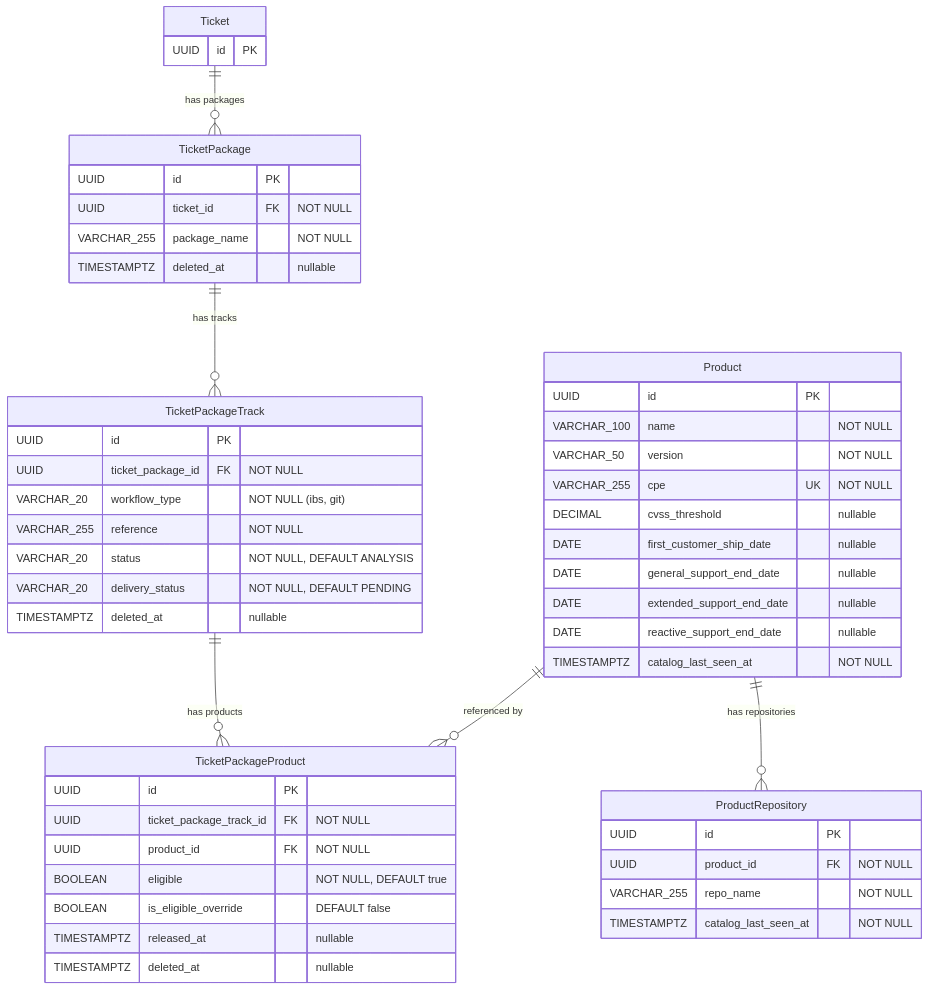
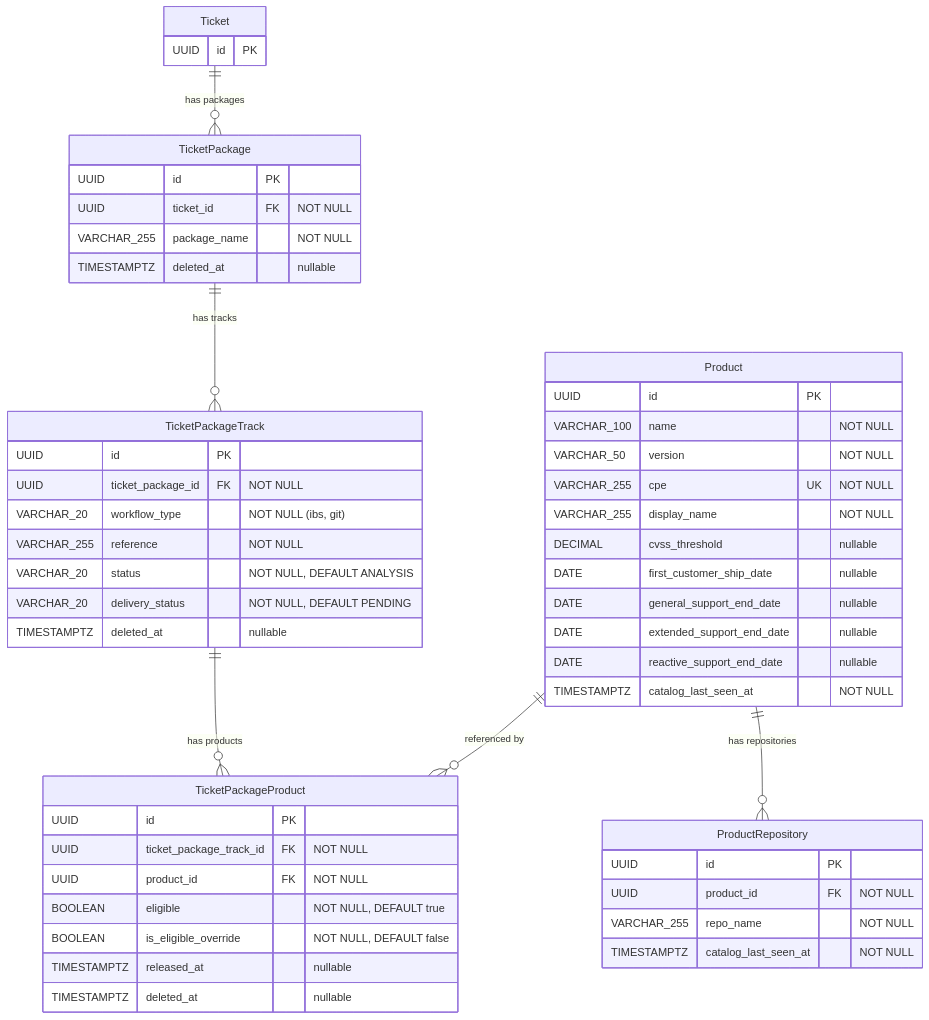
One commit to StayPirate/STAMP changed the third of 6 diagrams in docs/data-model.md. Above: the diagram before and after it, drawn with Mermaid. The commit also changed other lines of this file and 26 other files, not shown here.

````diff
--- a/docs/data-model.md
+++ b/docs/data-model.md
@@ -222,54 +222,55 @@
 ```mermaid
 erDiagram
     Ticket {
         UUID id PK
     }
     TicketPackage {
         UUID id PK
         UUID ticket_id FK "NOT NULL"
         VARCHAR_255 package_name "NOT NULL"
         TIMESTAMPTZ deleted_at "nullable"
     }
     TicketPackageTrack {
         UUID id PK
         UUID ticket_package_id FK "NOT NULL"
         VARCHAR_20 workflow_type "NOT NULL (ibs, git)"
         VARCHAR_255 reference "NOT NULL"
         VARCHAR_20 status "NOT NULL, DEFAULT ANALYSIS"
         VARCHAR_20 delivery_status "NOT NULL, DEFAULT PENDING"
         TIMESTAMPTZ deleted_at "nullable"
     }
     TicketPackageProduct {
         UUID id PK
         UUID ticket_package_track_id FK "NOT NULL"
         UUID product_id FK "NOT NULL"
         BOOLEAN eligible "NOT NULL, DEFAULT true"
-        BOOLEAN is_eligible_override "DEFAULT false"
+        BOOLEAN is_eligible_override "NOT NULL, DEFAULT false"
         TIMESTAMPTZ released_at "nullable"
         TIMESTAMPTZ deleted_at "nullable"
     }
     Product {
         UUID id PK
         VARCHAR_100 name "NOT NULL"
         VARCHAR_50 version "NOT NULL"
         VARCHAR_255 cpe UK "NOT NULL"
+        VARCHAR_255 display_name "NOT NULL"
         DECIMAL cvss_threshold "nullable"
         DATE first_customer_ship_date "nullable"
         DATE general_support_end_date "nullable"
         DATE extended_support_end_date "nullable"
         DATE reactive_support_end_date "nullable"
         TIMESTAMPTZ catalog_last_seen_at "NOT NULL"
     }
     ProductRepository {
         UUID id PK
         UUID product_id FK "NOT NULL"
         VARCHAR_255 repo_name "NOT NULL"
         TIMESTAMPTZ catalog_last_seen_at "NOT NULL"
     }
 
     Ticket ||--o{ TicketPackage : "has packages"
     TicketPackage ||--o{ TicketPackageTrack : "has tracks"
     TicketPackageTrack ||--o{ TicketPackageProduct : "has products"
     Product ||--o{ TicketPackageProduct : "referenced by"
     Product ||--o{ ProductRepository : "has repositories"
 ```
````
